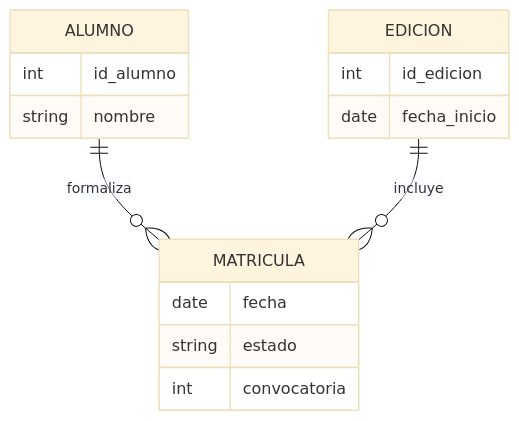
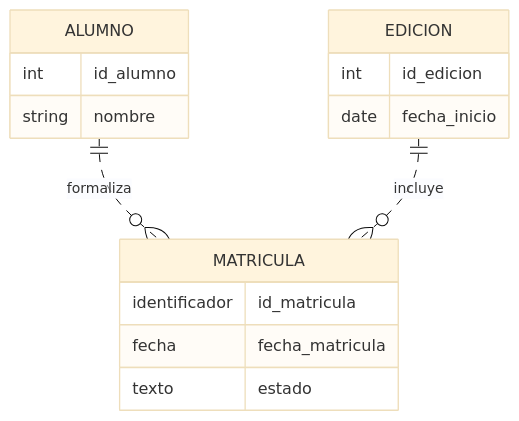
The first of 4 diagrams in Tema 2/apuntes.md (sperrodj/BAE), drawn with Mermaid (base theme) before and after one commit. The commit also changed other lines of this file, not shown here.

````diff
--- a/Tema 2/apuntes.md
+++ b/Tema 2/apuntes.md
@@ -370,18 +446,18 @@
 ```mermaid
 erDiagram
-    ALUMNO ||--o{ MATRICULA : formaliza
-    EDICION ||--o{ MATRICULA : incluye
+    ALUMNO ||..o{ MATRICULA : formaliza
+    EDICION ||..o{ MATRICULA : incluye
     ALUMNO {
         int id_alumno
         string nombre
     }
     MATRICULA {
-        date fecha
-        string estado
-        int convocatoria
+        identificador id_matricula
+        fecha fecha_matricula
+        texto estado
     }
     EDICION {
         int id_edicion
         date fecha_inicio
     }
 ```
````
